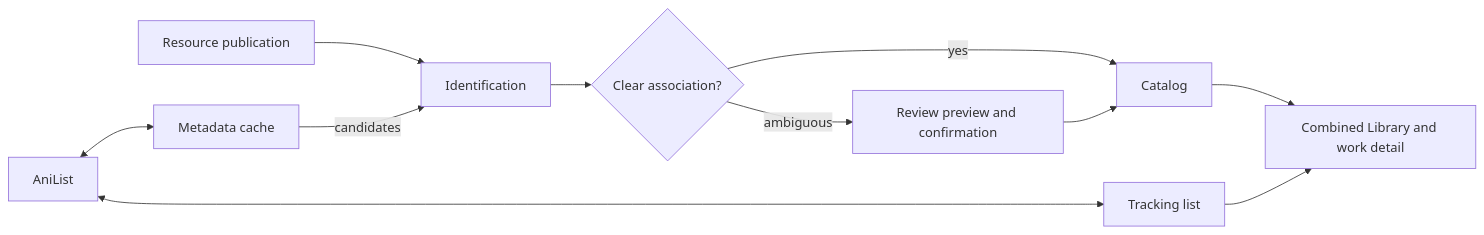
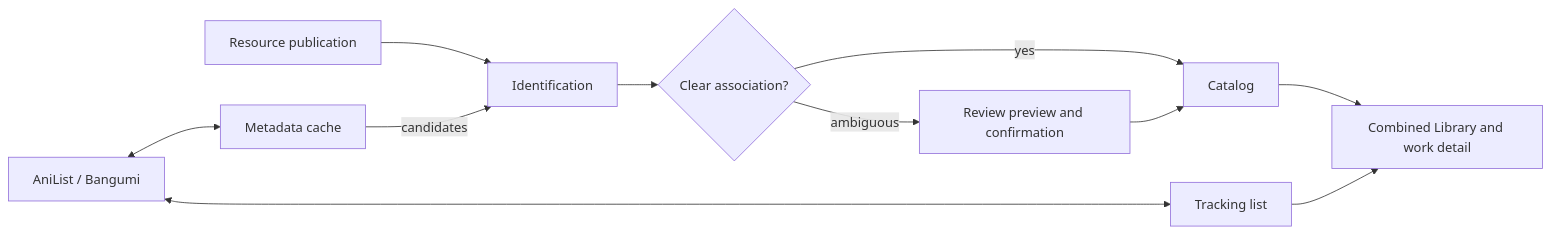
The second of 4 diagrams in docs/development/architecture.md (qw0er/Anishelf), drawn with Mermaid before and after one commit. The commit also changed other lines of this file and 5 other files, not shown here.

Commit message:
docs(architecture): update architecture guide and diagram for latest design

````diff
--- a/docs/development/architecture.md
+++ b/docs/development/architecture.md
@@ -238,13 +293,13 @@
 ```mermaid
 flowchart LR
     Resources[Resource publication] --> Identify[Identification]
     Metadata[Metadata cache] -->|candidates| Identify
     Identify --> Decision{Clear association?}
     Decision -->|yes| Catalog[Catalog]
     Decision -->|ambiguous| Review[Review preview and confirmation]
     Review --> Catalog
     Catalog --> Library[Combined Library and work detail]
     Tracking[Tracking list] --> Library
-    Provider[AniList] <--> Metadata
-    Provider <--> Tracking
+    Providers[AniList / Bangumi] <--> Metadata
+    Providers <--> Tracking
 ```
````
